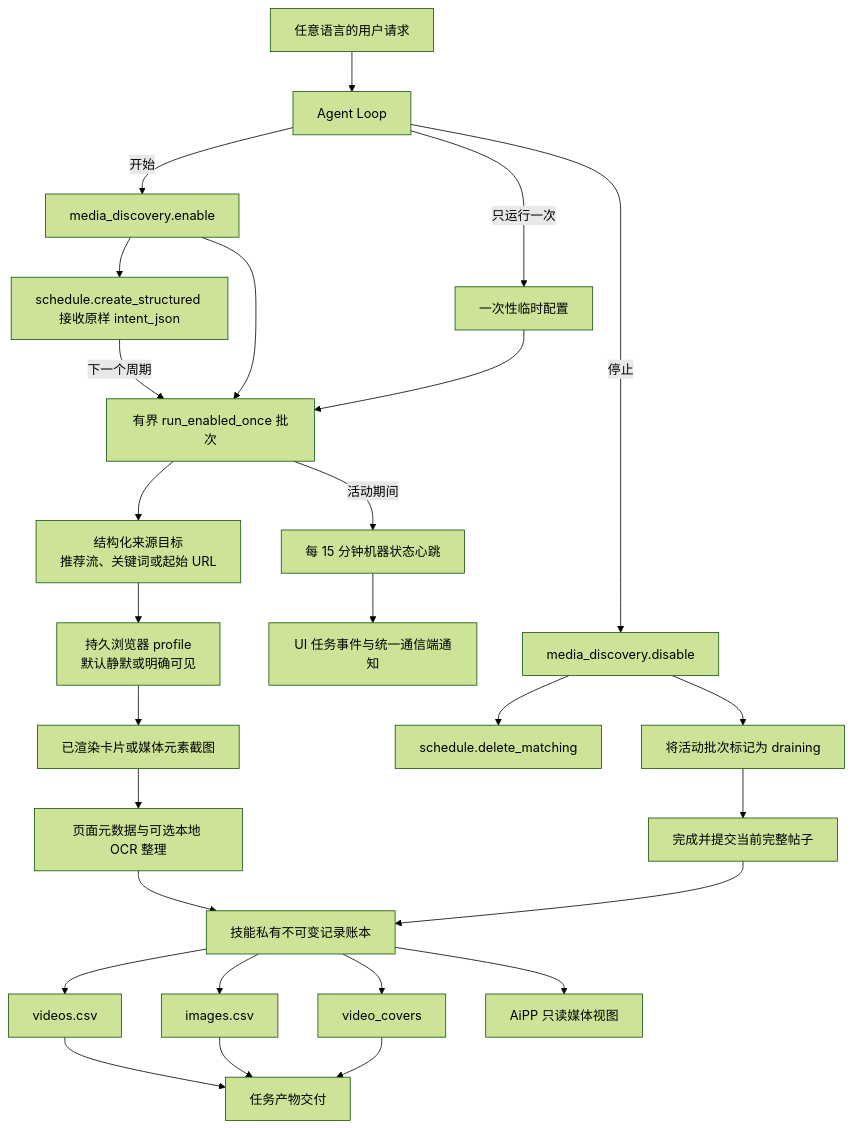
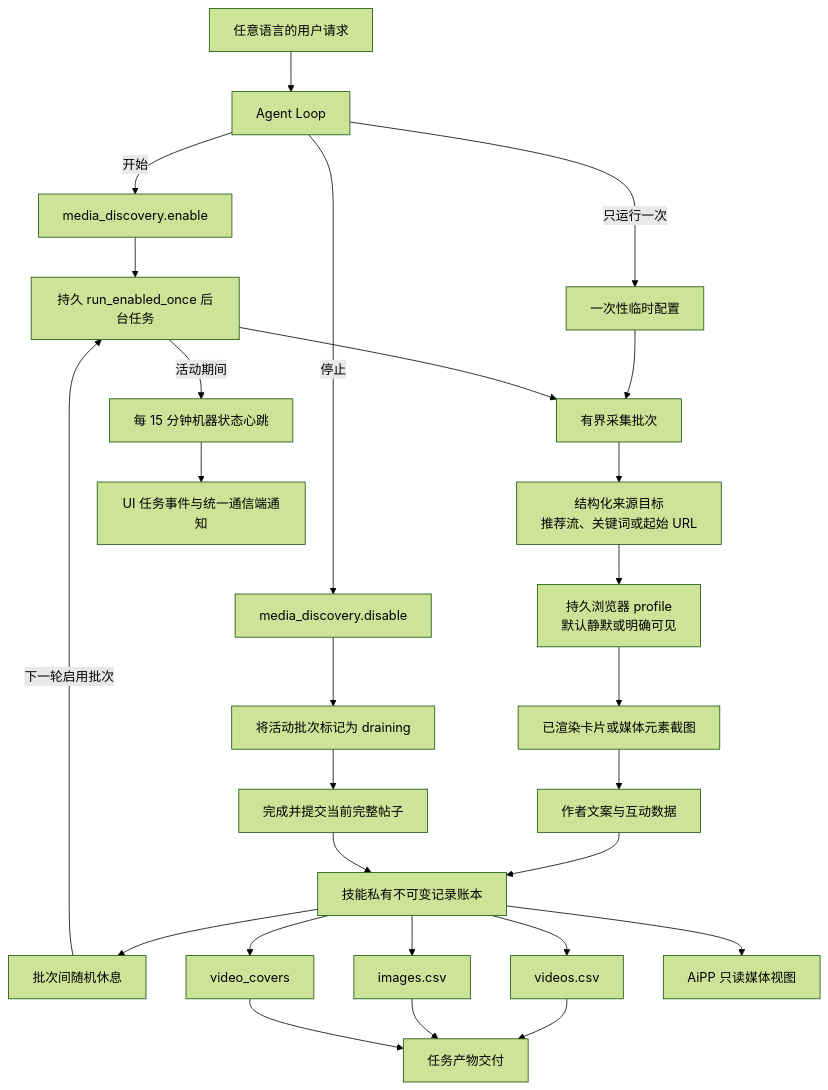
One commit to MatrixCoreX/RustClaw changed the diagram in docs/architecture/12-media-discovery.zh-CN.md. Above: the diagram before and after it, drawn with Mermaid (forest theme). The commit also changed other lines of this file and 27 other files, not shown here.

````diff
--- a/docs/architecture/12-media-discovery.zh-CN.md
+++ b/docs/architecture/12-media-discovery.zh-CN.md
@@ -47,41 +45,40 @@
 ```mermaid
 flowchart TD
     U[任意语言的用户请求]
     A[Agent Loop]
     E[media_discovery.enable]
     X[media_discovery.disable]
-    S[schedule.create_structured 接收原样 intent_json]
-    Q[schedule.delete_matching]
-    R[有界 run_enabled_once 批次]
+    R[持久 run_enabled_once 后台任务]
+    RB[有界采集批次]
+    Z[批次间随机休息]
     W[一次性临时配置]
     T[结构化来源目标<br/>推荐流、关键词或起始 URL]
     G[将活动批次标记为 draining]
     P[完成并提交当前完整帖子]
     B[持久浏览器 profile<br/>默认静默或明确可见]
     C[已渲染卡片或媒体元素截图]
-    O[页面元数据与可选本地 OCR 整理]
+    O[作者文案与互动数据]
     L[技能私有不可变记录账本]
     V[videos.csv]
     I[images.csv]
     F[video_covers]
     D[任务产物交付]
     H[每 15 分钟机器状态心跳]
     N[UI 任务事件与统一通信端通知]
     AP[AiPP 只读媒体视图]
 
     U --> A
     A -->|开始| E
-    E --> S
     E --> R
-    A -->|只运行一次| W --> R
-    S -->|下一个周期| R
-    R --> T --> B --> C --> O --> L
+    A -->|只运行一次| W --> RB
+    R --> RB
+    RB --> T --> B --> C --> O --> L
+    L --> Z -->|下一轮启用批次| R
     R -->|活动期间| H --> N
     A -->|停止| X
-    X --> Q
     X --> G --> P --> L
     L --> V --> D
     L --> I --> D
     L --> F --> D
     L --> AP
 ```
````
